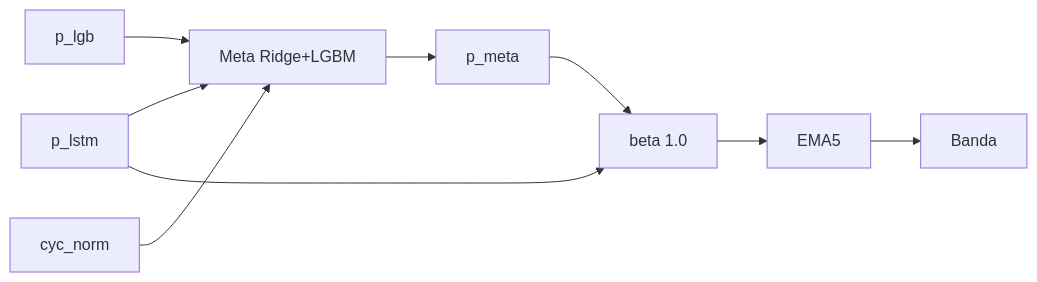
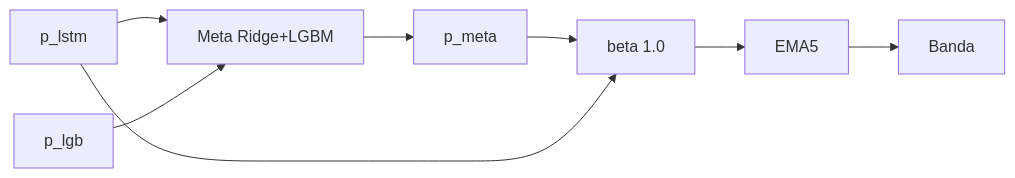
One commit to mikelrh-dev/nasa-rul-ds02 changed the diagram in MLProyectVault/visuals/s10-stacking-objeto.mmd. Above: the diagram before and after it, drawn with Mermaid. The commit also changed 72 other files, not shown here.

```diff
--- a/MLProyectVault/visuals/s10-stacking-objeto.mmd
+++ b/MLProyectVault/visuals/s10-stacking-objeto.mmd
@@ -1,9 +1,8 @@
 flowchart LR
     A[p_lstm] --> C[Meta Ridge+LGBM]
     B[p_lgb] --> C
-    N[cyc_norm] --> C
     C --> D[p_meta]
     D --> E[beta 1.0]
     A --> E
     E --> F[EMA5]
     F --> G[Banda]
```
